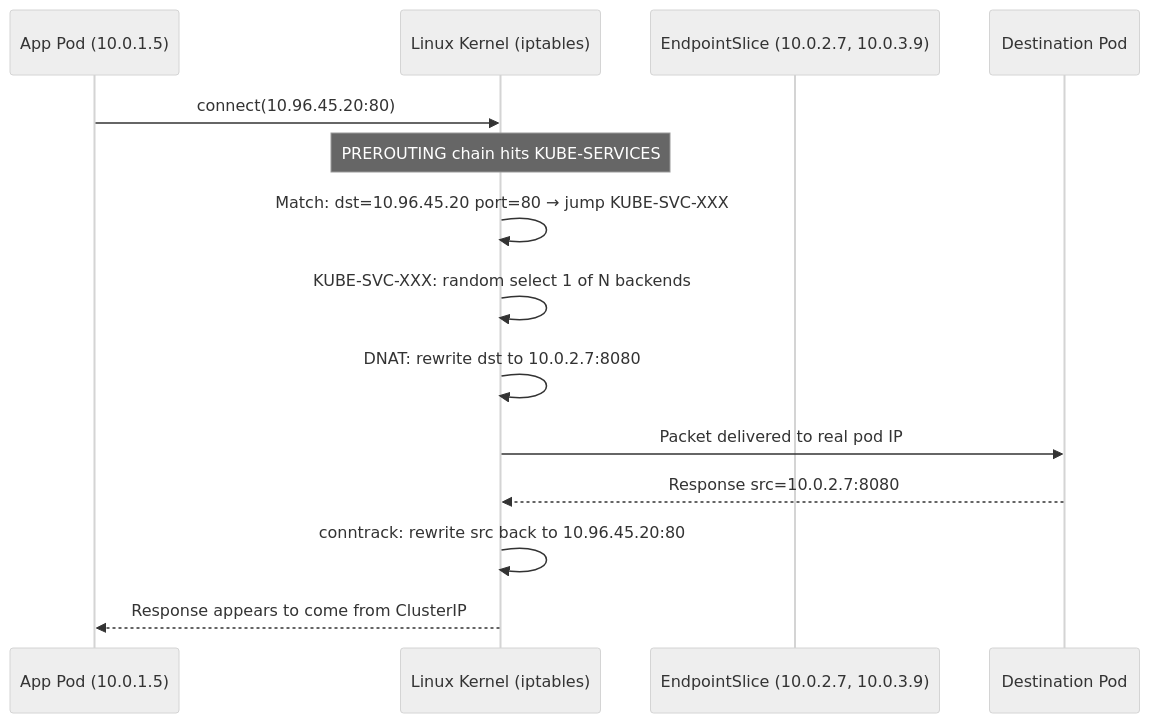
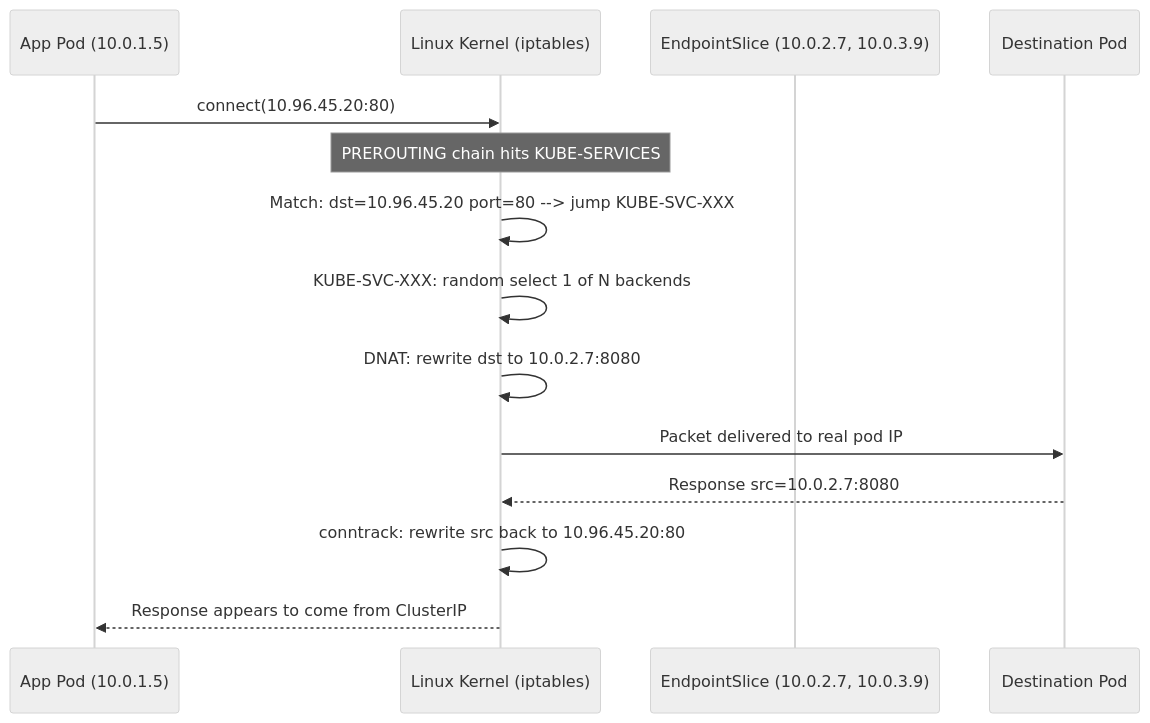
Before and after one commit to deepanshu-rawat6/tour-of-go: the sixth of 23 diagrams in devops/kubernetes/networking.md, drawn with Mermaid (neutral theme). The commit also changed other lines of this file and 25 other files, not shown here.

````diff
--- a/devops/kubernetes/networking.md
+++ b/devops/kubernetes/networking.md
@@ -214,17 +214,17 @@
 ```mermaid
 sequenceDiagram
     participant APP as App Pod (10.0.1.5)
     participant KERN as Linux Kernel (iptables)
     participant EP as EndpointSlice (10.0.2.7, 10.0.3.9)
     participant DEST as Destination Pod
 
     APP->>KERN: connect(10.96.45.20:80)
     Note over KERN: PREROUTING chain hits KUBE-SERVICES
-    KERN->>KERN: Match: dst=10.96.45.20 port=80 → jump KUBE-SVC-XXX
+    KERN->>KERN: Match: dst=10.96.45.20 port=80 --> jump KUBE-SVC-XXX
     KERN->>KERN: KUBE-SVC-XXX: random select 1 of N backends
     KERN->>KERN: DNAT: rewrite dst to 10.0.2.7:8080
     KERN->>DEST: Packet delivered to real pod IP
     DEST-->>KERN: Response src=10.0.2.7:8080
     KERN->>KERN: conntrack: rewrite src back to 10.96.45.20:80
     KERN-->>APP: Response appears to come from ClusterIP
 ```
````
